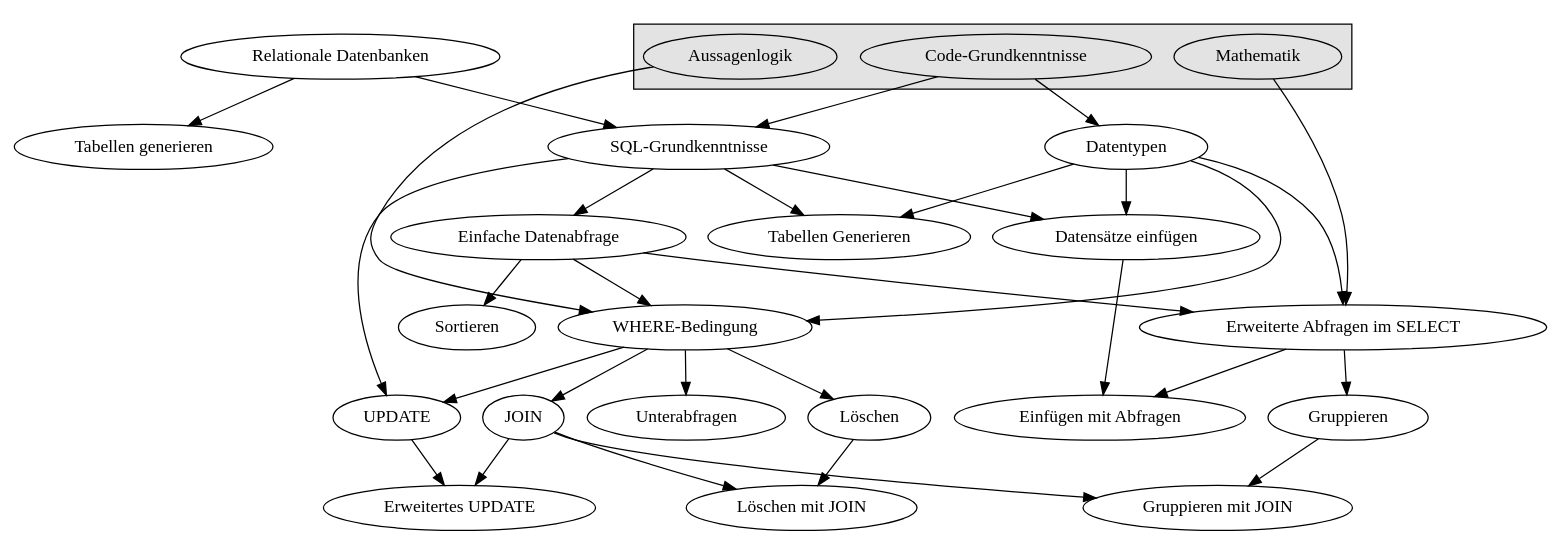
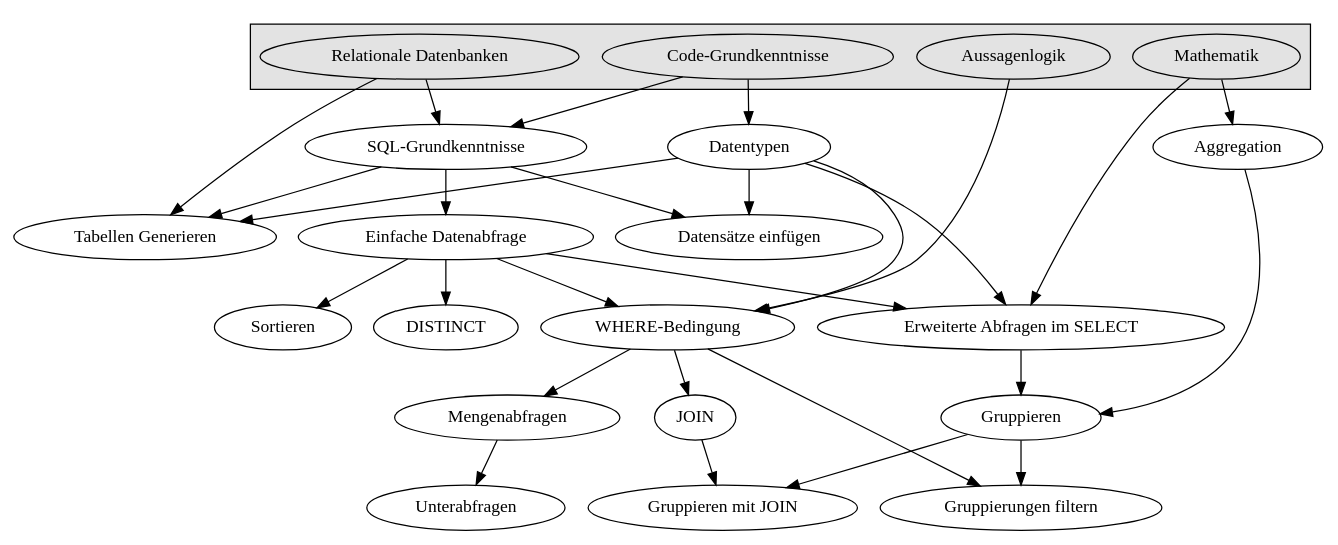
The diagram in graph/Lernziele.dot (GabrielKatz/sqlquerying), drawn with Graphviz before and after one commit. The commit also changed 4 other files, not shown here.

```diff
--- a/graph/Lernziele.dot
+++ b/graph/Lernziele.dot
@@ -1,37 +1,34 @@
 digraph C {
 
-	"Relationale Datenbanken" -> "Tabellen generieren"
+	"Relationale Datenbanken" -> "Tabellen Generieren"
 	"Relationale Datenbanken" -> "SQL-Grundkenntnisse"
 	"Code-Grundkenntnisse" -> "SQL-Grundkenntnisse"
 	"Code-Grundkenntnisse" -> "Datentypen"
 	"Datentypen" -> "Tabellen Generieren"
 	"SQL-Grundkenntnisse" -> "Tabellen Generieren"
 	"Datentypen" -> "Datensätze einfügen"
 	"SQL-Grundkenntnisse" -> "Datensätze einfügen"
 	"SQL-Grundkenntnisse" -> "Einfache Datenabfrage"
 	"Einfache Datenabfrage" -> "WHERE-Bedingung"
+	"Einfache Datenabfrage" -> "DISTINCT"	
 	"Aussagenlogik" -> "WHERE-Bedingung"
 	"Datentypen" -> "WHERE-Bedingung"
 	"Einfache Datenabfrage" -> "Erweiterte Abfragen im SELECT"
 	"Datentypen" -> "Erweiterte Abfragen im SELECT"
 	"Mathematik" -> "Erweiterte Abfragen im SELECT"
+	"Mathematik" -> "Aggregation"
+	"Aggregation" -> "Gruppieren"
 	"Einfache Datenabfrage" -> "Sortieren"
-	"WHERE-Bedingung" -> "Unterabfragen"
+	"WHERE-Bedingung" -> "Mengenabfragen"
+	"Mengenabfragen" -> "Unterabfragen"
 	"WHERE-Bedingung" -> "JOIN"
 	"Erweiterte Abfragen im SELECT" -> "Gruppieren"
 	"Gruppieren" -> "Gruppieren mit JOIN"
 	"JOIN" -> "Gruppieren mit JOIN"
-	"WHERE-Bedingung" -> "Löschen"
-	"JOIN" -> "Löschen mit JOIN"
-	"Löschen" -> "Löschen mit JOIN"
-	"SQL-Grundkenntnisse" -> "UPDATE"
-	"WHERE-Bedingung" -> "UPDATE"
-	"JOIN" -> "Erweitertes UPDATE"
-	"UPDATE" -> "Erweitertes UPDATE"
-	"Datensätze einfügen" -> "Einfügen mit Abfragen"
-	"Erweiterte Abfragen im SELECT" -> "Einfügen mit Abfragen"
+	"WHERE-Bedingung" -> "Gruppierungen filtern"
+	"Gruppieren" -> "Gruppierungen filtern"
 	subgraph clusterVorkenntnisse {
 		 graph [bgcolor="grey89"];
-		 "Mathematik", "Aussagenlogik", "Code-Grundkenntnisse"
+		 "Mathematik", "Aussagenlogik", "Code-Grundkenntnisse", "Relationale Datenbanken"
 	}
 }
```
